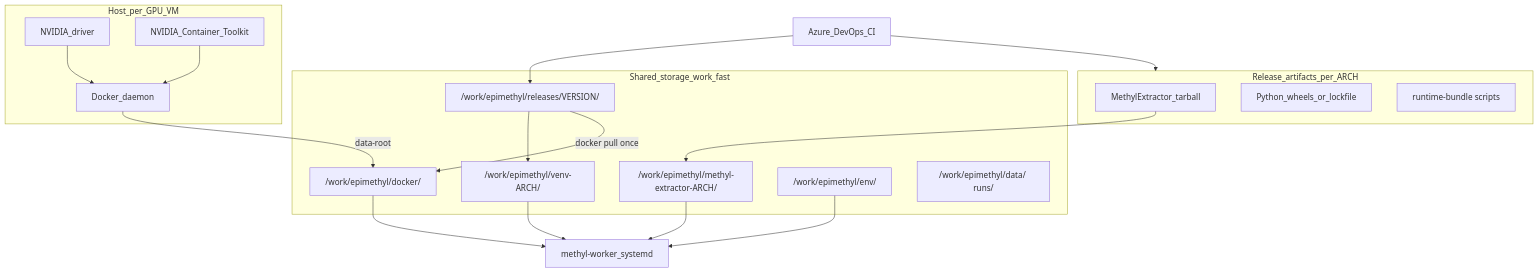
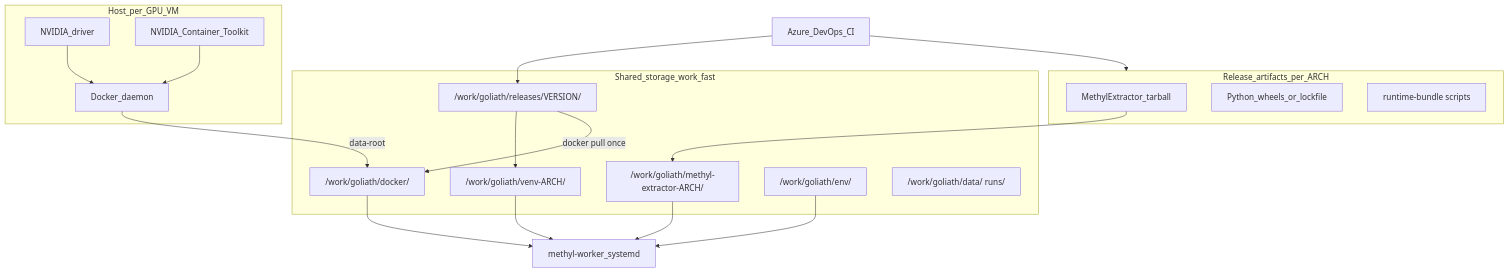
One commit to Goliath-Research/GoliathWorkflow changed the first of 2 diagrams in docs/plans/production-gpu-worker-layout.plan.md. Above: the diagram before and after it, drawn with Mermaid. The commit also changed other lines of this file and 272 other files, not shown here.

````diff
--- a/docs/plans/production-gpu-worker-layout.plan.md
+++ b/docs/plans/production-gpu-worker-layout.plan.md
@@ -48,36 +48,36 @@
 ```mermaid
 flowchart TB
   subgraph host [Host_per_GPU_VM]
     Driver[NVIDIA_driver]
     DockerDaemon[Docker_daemon]
     NCTK[NVIDIA_Container_Toolkit]
   end
 
   subgraph shared [Shared_storage_work_fast]
-    Release["/work/epimethyl/releases/VERSION/"]
-    DockerRoot["/work/epimethyl/docker/"]
-    Venv["/work/epimethyl/venv-ARCH/"]
-    MEbinRoot["/work/epimethyl/methyl-extractor-ARCH/"]
-    Env["/work/epimethyl/env/"]
-    Data["/work/epimethyl/data/ runs/"]
+    Release["/work/goliath/releases/VERSION/"]
+    DockerRoot["/work/goliath/docker/"]
+    Venv["/work/goliath/venv-ARCH/"]
+    MEbinRoot["/work/goliath/methyl-extractor-ARCH/"]
+    Env["/work/goliath/env/"]
+    Data["/work/goliath/data/ runs/"]
   end
 
   subgraph artifacts [Release_artifacts_per_ARCH]
     MEtar[MethylExtractor_tarball]
     PyWheels[Python_wheels_or_lockfile]
     RuntimeBundle[runtime-bundle scripts]
   end
 
   CI[Azure_DevOps_CI] --> Release
   CI --> artifacts
   Release --> Venv
   Release -->|"docker pull once"| DockerRoot
   MEtar --> MEbinRoot
   Driver --> DockerDaemon
   DockerDaemon -->|"data-root"| DockerRoot
   NCTK --> DockerDaemon
   Venv --> Worker[methyl-worker_systemd]
   Env --> Worker
   DockerRoot --> Worker
   MEbinRoot --> Worker
 ```
````
